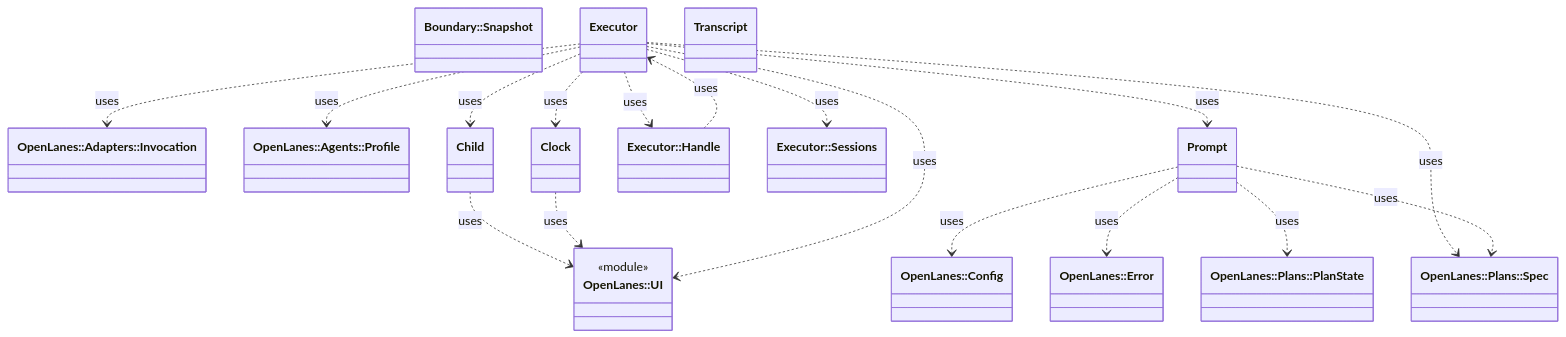
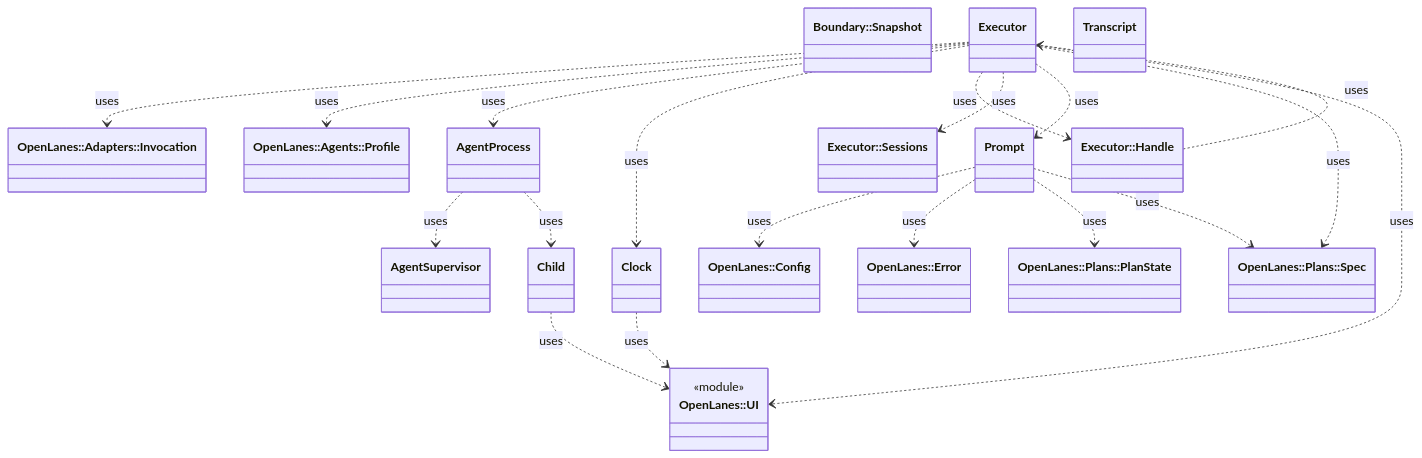
One commit to kigster/openlanes changed the diagram in docs/architecture/openlanes-execution.md. Above: the diagram before and after it, drawn with Mermaid. The commit also changed 4 other files, not shown here.

First line of the commit message:
Document the agent supervisor as built

````diff
--- a/docs/architecture/openlanes-execution.md
+++ b/docs/architecture/openlanes-execution.md
@@ -5,35 +5,39 @@
 ```mermaid
 classDiagram
   class OpenLanes__Adapters__Invocation["OpenLanes::Adapters::Invocation"]
   class OpenLanes__Agents__Profile["OpenLanes::Agents::Profile"]
   class OpenLanes__Config["OpenLanes::Config"]
   class OpenLanes__Error["OpenLanes::Error"]
+  class OpenLanes__Execution__AgentProcess["AgentProcess"]
+  class OpenLanes__Execution__AgentSupervisor["AgentSupervisor"]
   class OpenLanes__Execution__Boundary__Snapshot["Boundary::Snapshot"]
   class OpenLanes__Execution__Child["Child"]
   class OpenLanes__Execution__Clock["Clock"]
   class OpenLanes__Execution__Executor["Executor"]
   class OpenLanes__Execution__Executor__Handle["Executor::Handle"]
   class OpenLanes__Execution__Executor__Sessions["Executor::Sessions"]
   class OpenLanes__Execution__Prompt["Prompt"]
   class OpenLanes__Execution__Transcript["Transcript"]
   class OpenLanes__Plans__PlanState["OpenLanes::Plans::PlanState"]
   class OpenLanes__Plans__Spec["OpenLanes::Plans::Spec"]
   class OpenLanes__UI["OpenLanes::UI"]
   <<module>> OpenLanes__UI
+  OpenLanes__Execution__AgentProcess ..> OpenLanes__Execution__AgentSupervisor : uses
+  OpenLanes__Execution__AgentProcess ..> OpenLanes__Execution__Child : uses
   OpenLanes__Execution__Child ..> OpenLanes__UI : uses
   OpenLanes__Execution__Clock ..> OpenLanes__UI : uses
   OpenLanes__Execution__Executor ..> OpenLanes__Adapters__Invocation : uses
   OpenLanes__Execution__Executor ..> OpenLanes__Agents__Profile : uses
-  OpenLanes__Execution__Executor ..> OpenLanes__Execution__Child : uses
+  OpenLanes__Execution__Executor ..> OpenLanes__Execution__AgentProcess : uses
   OpenLanes__Execution__Executor ..> OpenLanes__Execution__Clock : uses
   OpenLanes__Execution__Executor ..> OpenLanes__Execution__Executor__Handle : uses
   OpenLanes__Execution__Executor ..> OpenLanes__Execution__Executor__Sessions : uses
   OpenLanes__Execution__Executor ..> OpenLanes__Execution__Prompt : uses
   OpenLanes__Execution__Executor ..> OpenLanes__Plans__Spec : uses
   OpenLanes__Execution__Executor ..> OpenLanes__UI : uses
   OpenLanes__Execution__Executor__Handle ..> OpenLanes__Execution__Executor : uses
   OpenLanes__Execution__Prompt ..> OpenLanes__Config : uses
   OpenLanes__Execution__Prompt ..> OpenLanes__Error : uses
   OpenLanes__Execution__Prompt ..> OpenLanes__Plans__PlanState : uses
   OpenLanes__Execution__Prompt ..> OpenLanes__Plans__Spec : uses
 ```
````
